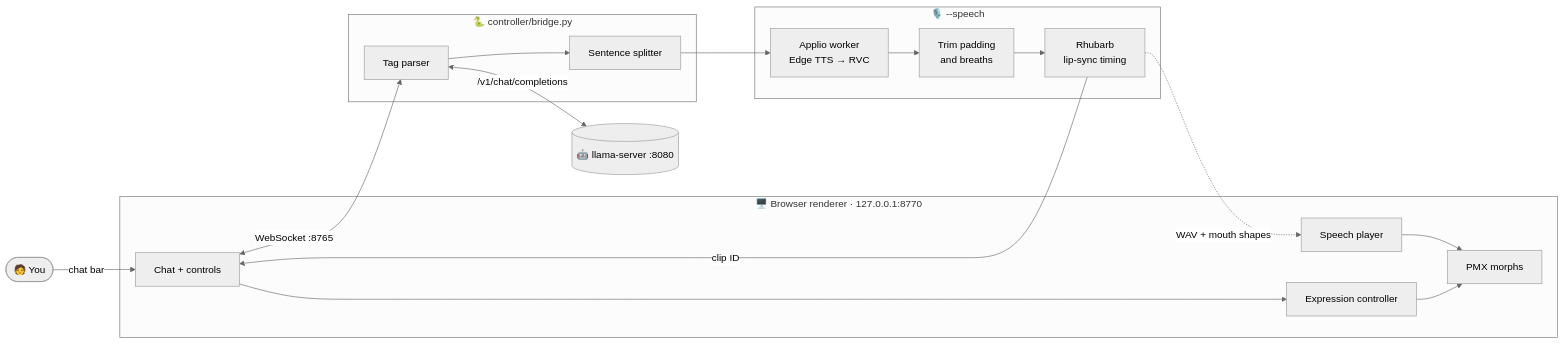
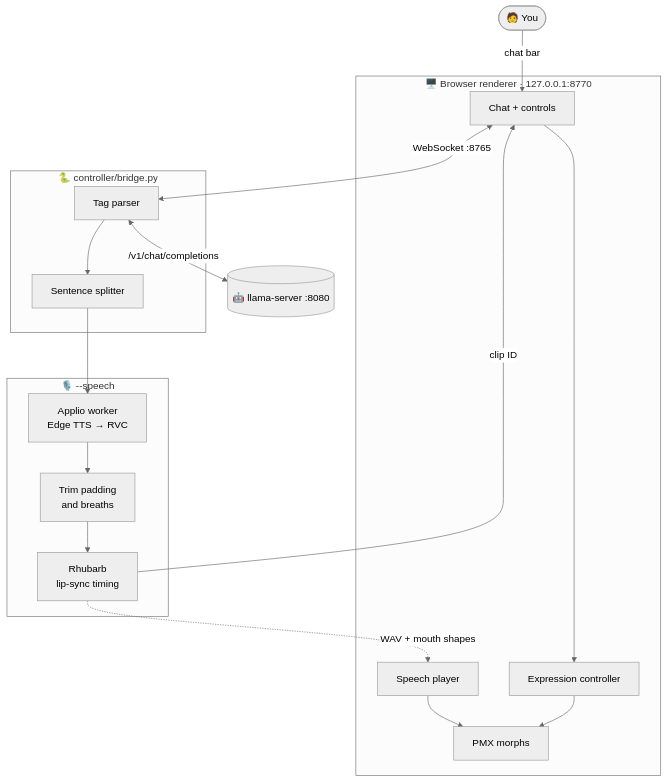
The first of 2 diagrams in README.md (arctic-cheetah/AI-Avatar-PMX-MMD), drawn with Mermaid (neutral theme) before and after one commit. The commit also changed other lines of this file and 1 other file, not shown here.

````diff
--- a/README.md
+++ b/README.md
@@ -18,21 +18,21 @@
 ```mermaid
-flowchart LR
+flowchart TD
     U([🧑 You]) -->|chat bar| R
     subgraph Browser["🖥️ Browser renderer · 127.0.0.1:8770"]
         R[Chat + controls] --> E[Expression controller]
         P[Speech player] --> M[PMX morphs]
         E --> M
     end
     R <-->|WebSocket :8765| B
     subgraph Bridge["🐍 controller/bridge.py"]
         B[Tag parser] --> S[Sentence splitter]
     end
     B <-->|"/v1/chat/completions"| L[(🤖 llama-server :8080)]
     S --> W
     subgraph Speech["🎙️ --speech"]
         W[Applio worker<br/>Edge TTS → RVC] --> T[Trim padding<br/>and breaths]
         T --> A[Rhubarb<br/>lip-sync timing]
     end
     A -->|clip ID| R
     A -.->|WAV + mouth shapes| P
 ```
````
